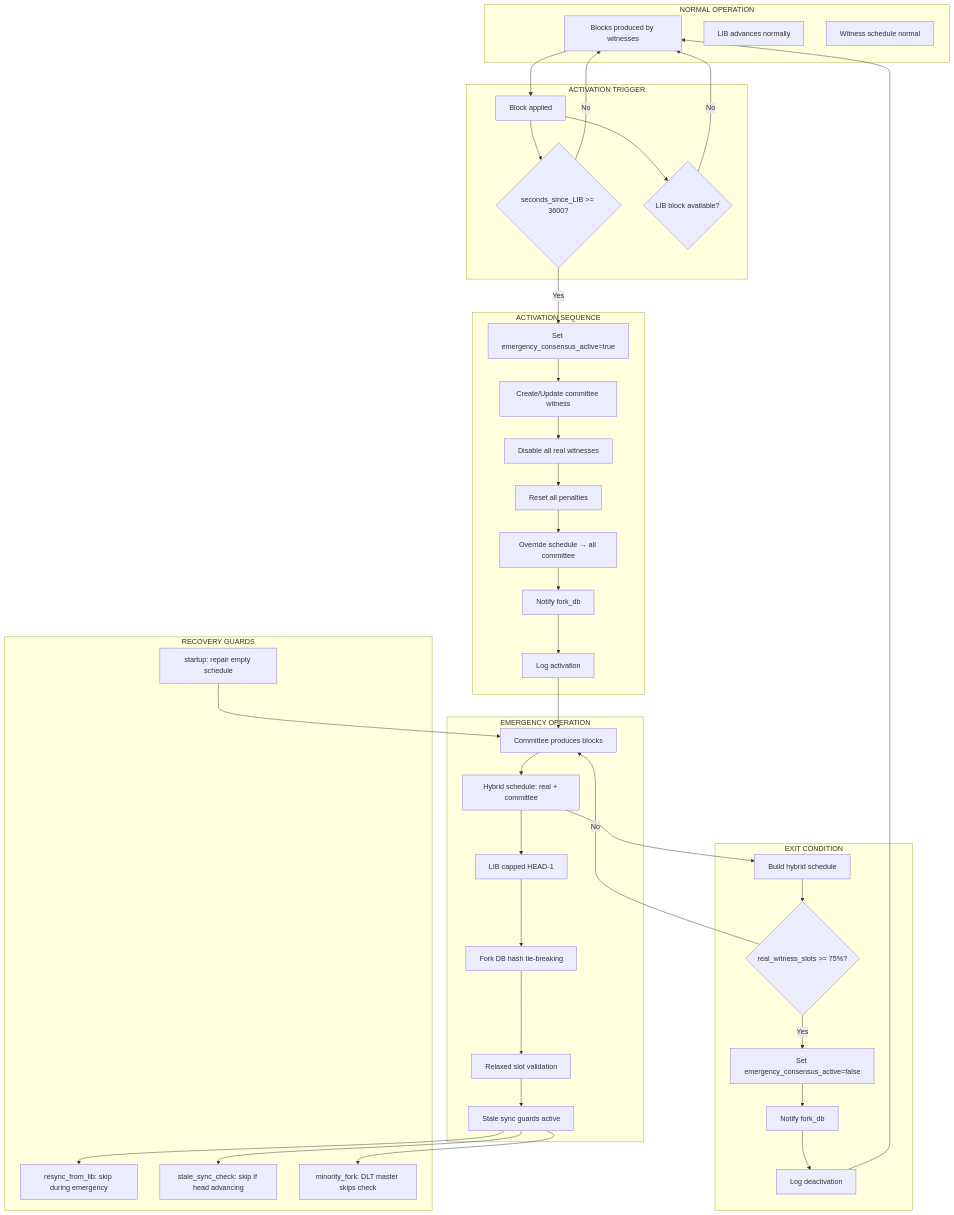
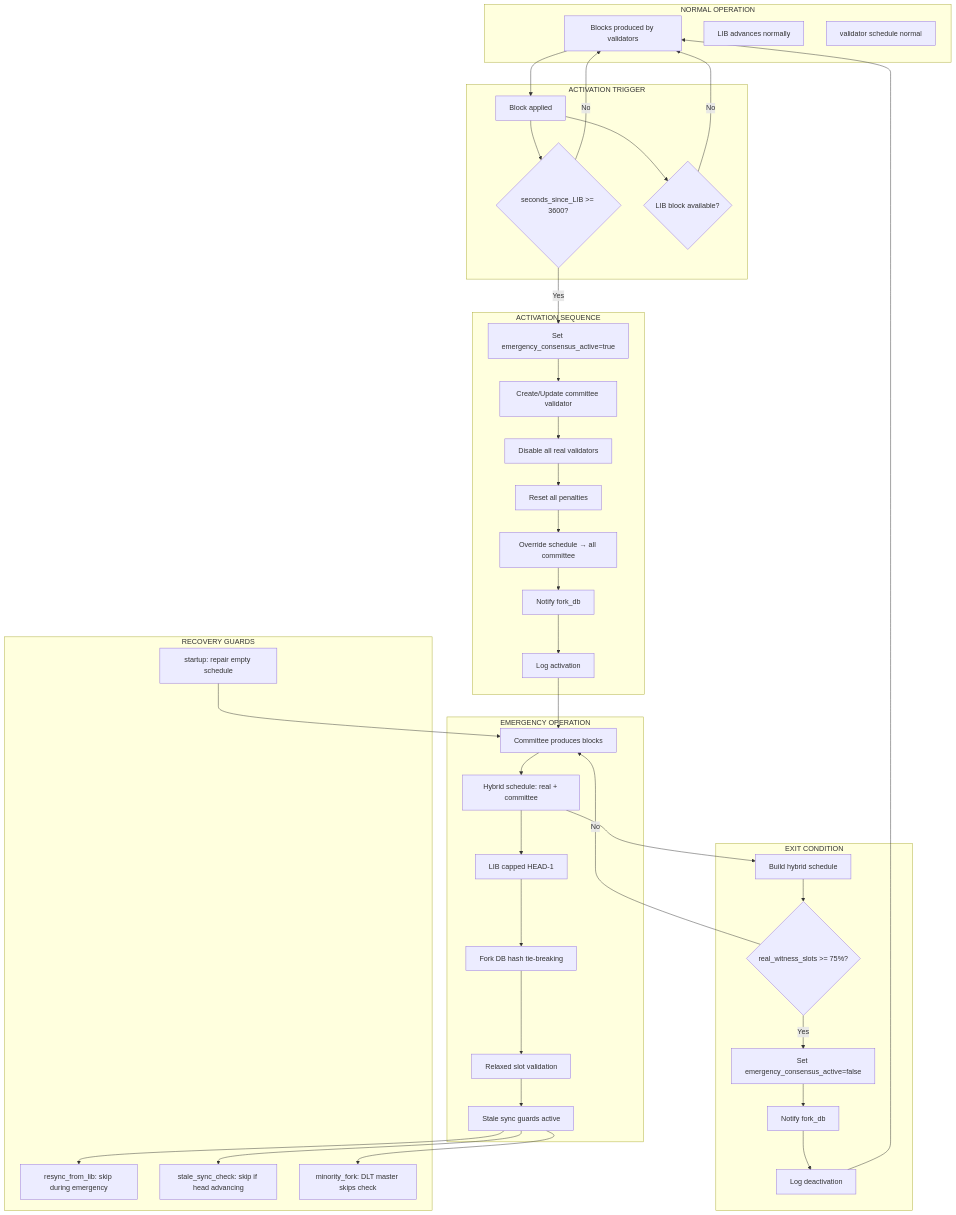
The diagram in .qoder/docs/emergency-consensus-workflow.md (VIZ-Blockchain/viz-cpp-node), drawn with Mermaid before and after one commit. The commit also changed other lines of this file and 88 other files, not shown here.

First line of the commit message:
docs(validator): rename witness to validator throughout documentation

````diff
--- a/.qoder/docs/emergency-consensus-workflow.md
+++ b/.qoder/docs/emergency-consensus-workflow.md
@@ -573,66 +573,66 @@
 ```mermaid
 graph TB
     subgraph "NORMAL OPERATION"
-        N1[Blocks produced by witnesses]
+        N1[Blocks produced by validators]
         N2[LIB advances normally]
-        N3[Witness schedule normal]
+        N3[validator schedule normal]
     end
 
     subgraph "ACTIVATION TRIGGER"
         A1[Block applied]
         A2{seconds_since_LIB >= 3600?}
         A3{LIB block available?}
     end
 
     subgraph "ACTIVATION SEQUENCE"
         AS1[Set emergency_consensus_active=true]
-        AS2[Create/Update committee witness]
-        AS3[Disable all real witnesses]
+        AS2[Create/Update committee validator]
+        AS3[Disable all real validators]
         AS4[Reset all penalties]
         AS5[Override schedule → all committee]
         AS6[Notify fork_db]
         AS7[Log activation]
     end
 
     subgraph "EMERGENCY OPERATION"
         E1[Committee produces blocks]
         E2[Hybrid schedule: real + committee]
         E3[LIB capped HEAD-1]
         E4[Fork DB hash tie-breaking]
         E5[Relaxed slot validation]
         E6[Stale sync guards active]
     end
 
     subgraph "EXIT CONDITION"
         X1[Build hybrid schedule]
         X2{real_witness_slots >= 75%?}
         X3[Set emergency_consensus_active=false]
         X4[Notify fork_db]
         X5[Log deactivation]
     end
 
     subgraph "RECOVERY GUARDS"
         RG1[resync_from_lib: skip during emergency]
         RG2[stale_sync_check: skip if head advancing]
         RG3[minority_fork: DLT master skips check]
         RG4[startup: repair empty schedule]
     end
 
     N1 --> A1
     A1 --> A2
     A1 --> A3
     A2 -->|Yes| AS1
     A2 -->|No| N1
     A3 -->|No| N1
     AS1 --> AS2 --> AS3 --> AS4 --> AS5 --> AS6 --> AS7
     AS7 --> E1
     E1 --> E2 --> E3 --> E4 --> E5 --> E6
     E2 --> X1
     X1 --> X2
     X2 -->|Yes| X3 --> X4 --> X5 --> N1
     X2 -->|No| E1
     E6 --> RG1
     E6 --> RG2
     E6 --> RG3
     RG4 --> E1
 ```
````
